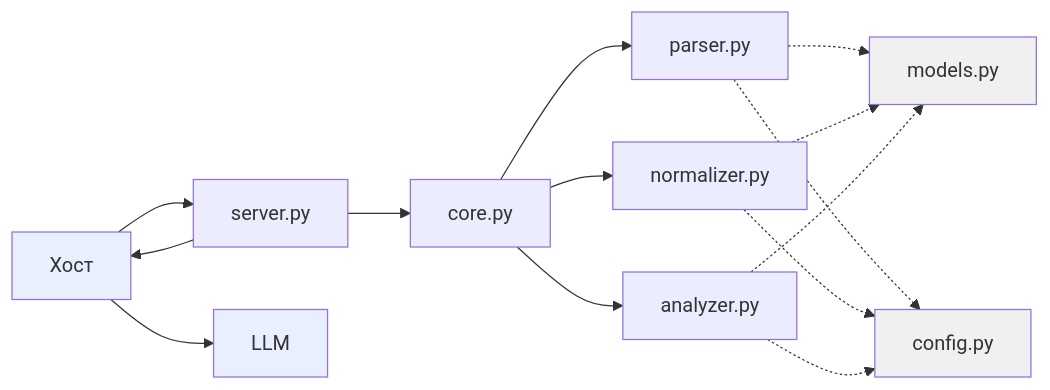
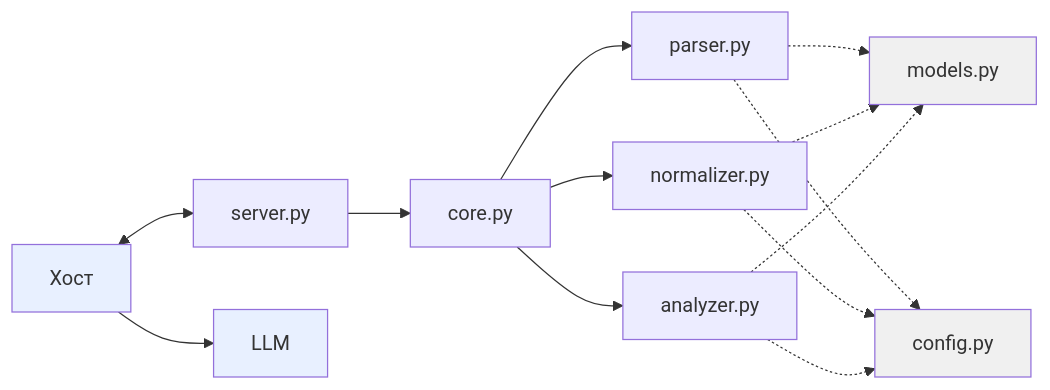
Before and after one commit to Otto-7/mcp: the second of 2 diagrams in docs/architecture.md, drawn with Mermaid.

Commit message:
Update architecture diagram to reflect bidirectional Host-S connection

````diff
--- a/docs/architecture.md
+++ b/docs/architecture.md
@@ -9,31 +9,30 @@
 ```mermaid
 flowchart LR
     Host["Хост"]
     S["server.py"]
     C["core.py"]
     P["parser.py"]
     N["normalizer.py"]
     A["analyzer.py"]
     M["models.py"]
     CFG["config.py"]
     LLM["LLM"]
 
-    Host --> S
+    Host <--> S
     S --> C
     C --> P
     C --> N
     C --> A
     P -.-> M
     N -.-> M
     A -.-> M
     P -.-> CFG
     N -.-> CFG
     A -.-> CFG
-    S --> Host
     Host --> LLM
 
     style M fill:#f0f0f0
     style CFG fill:#f0f0f0
     style Host fill:#e8f0ff
     style LLM fill:#e8f0ff
 ```
````
